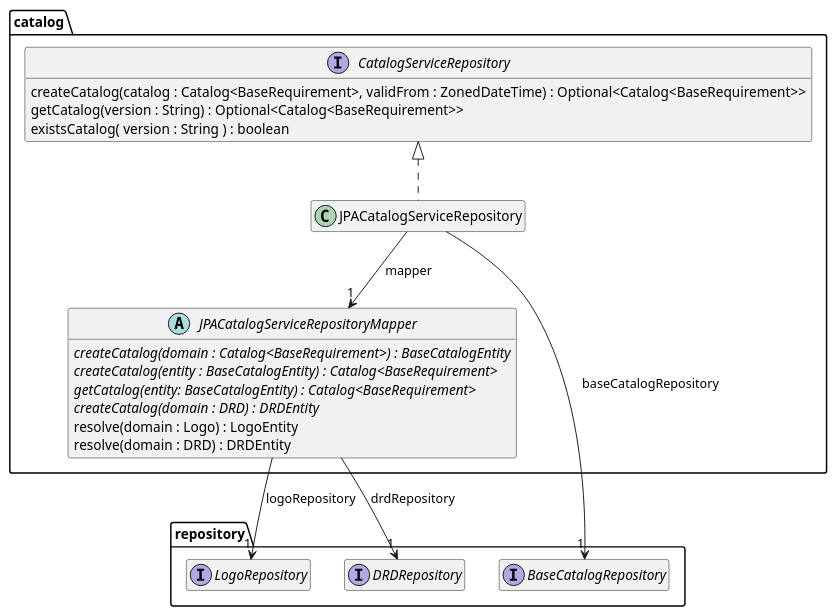
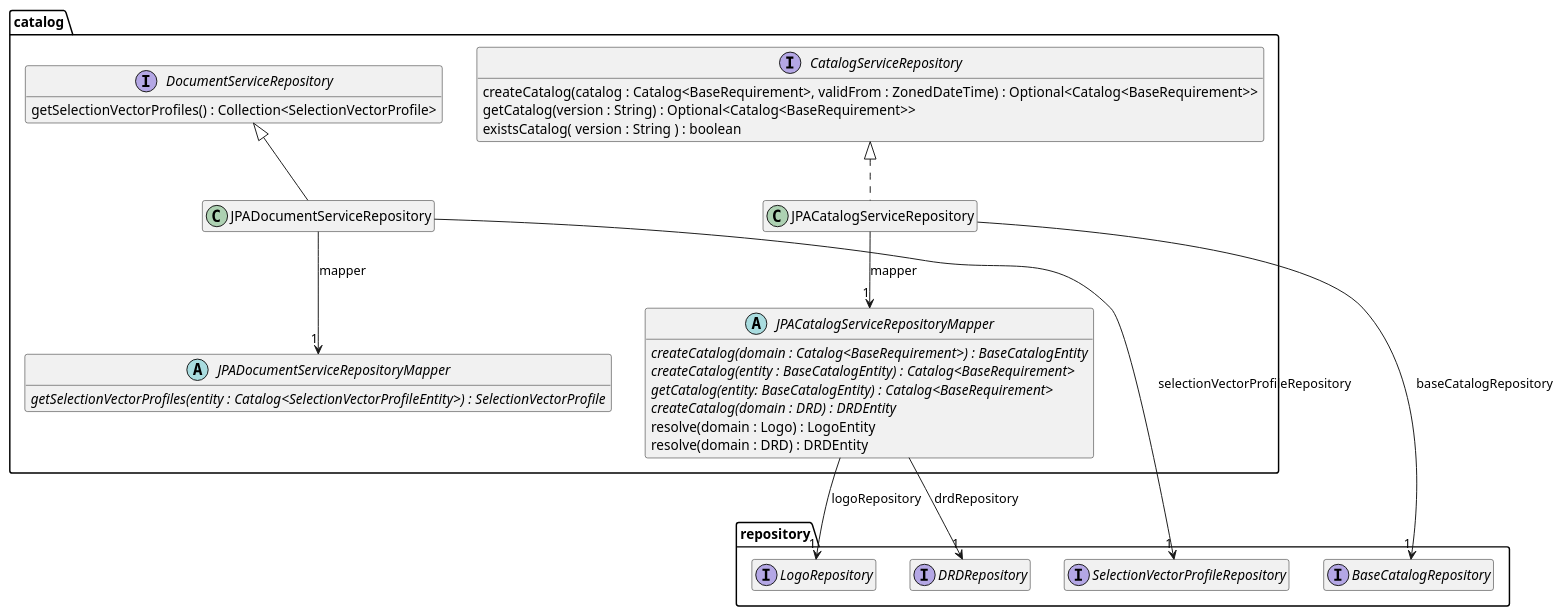
Before and after one commit to tailoringexpert/platform: the diagram in src/site/arc42/plantuml/data-jpa/catalog/Ebene3.plantuml, drawn with PlantUML. The commit also changed 8 other files, not shown here.

```diff
--- a/src/site/arc42/plantuml/data-jpa/catalog/Ebene3.plantuml
+++ b/src/site/arc42/plantuml/data-jpa/catalog/Ebene3.plantuml
@@ -1,36 +1,51 @@
 @startuml Ebene3.png
 hide empty members
 
 package repository {
     interface BaseCatalogRepository
     interface LogoRepository
     interface DRDRepository
+    interface SelectionVectorProfileRepository
 
 }
 package catalog {
     interface CatalogServiceRepository {
         createCatalog(catalog : Catalog<BaseRequirement>, validFrom : ZonedDateTime) : Optional<Catalog<BaseRequirement>>
         getCatalog(version : String) : Optional<Catalog<BaseRequirement>>
         existsCatalog( version : String ) : boolean
     }
 
     abstract JPACatalogServiceRepositoryMapper {
         {abstract} createCatalog(domain : Catalog<BaseRequirement>) : BaseCatalogEntity
         {abstract} createCatalog(entity : BaseCatalogEntity) : Catalog<BaseRequirement>
         {abstract} getCatalog(entity: BaseCatalogEntity) : Catalog<BaseRequirement>
         {abstract} createCatalog(domain : DRD) : DRDEntity
         resolve(domain : Logo) : LogoEntity
         resolve(domain : DRD) : DRDEntity
     }
     JPACatalogServiceRepositoryMapper --> "1" LogoRepository : logoRepository
     JPACatalogServiceRepositoryMapper --> "1" DRDRepository : drdRepository
 
     class JPACatalogServiceRepository {
     }
 
     CatalogServiceRepository <|.. JPACatalogServiceRepository
     JPACatalogServiceRepository --> "1" JPACatalogServiceRepositoryMapper : mapper
     JPACatalogServiceRepository --> "1" BaseCatalogRepository : baseCatalogRepository
+
+    abstract JPADocumentServiceRepositoryMapper {
+        {abstract} getSelectionVectorProfiles(entity : Catalog<SelectionVectorProfileEntity>) : SelectionVectorProfile
+    }
+
+    interface DocumentServiceRepository {
+        getSelectionVectorProfiles() : Collection<SelectionVectorProfile>
+    }
+
+    class JPADocumentServiceRepository {
+    }
+    DocumentServiceRepository <|-- JPADocumentServiceRepository
+    JPADocumentServiceRepository --> "1" JPADocumentServiceRepositoryMapper : mapper
+    JPADocumentServiceRepository --> "1" SelectionVectorProfileRepository : selectionVectorProfileRepository
 }
 
 @enduml
```
